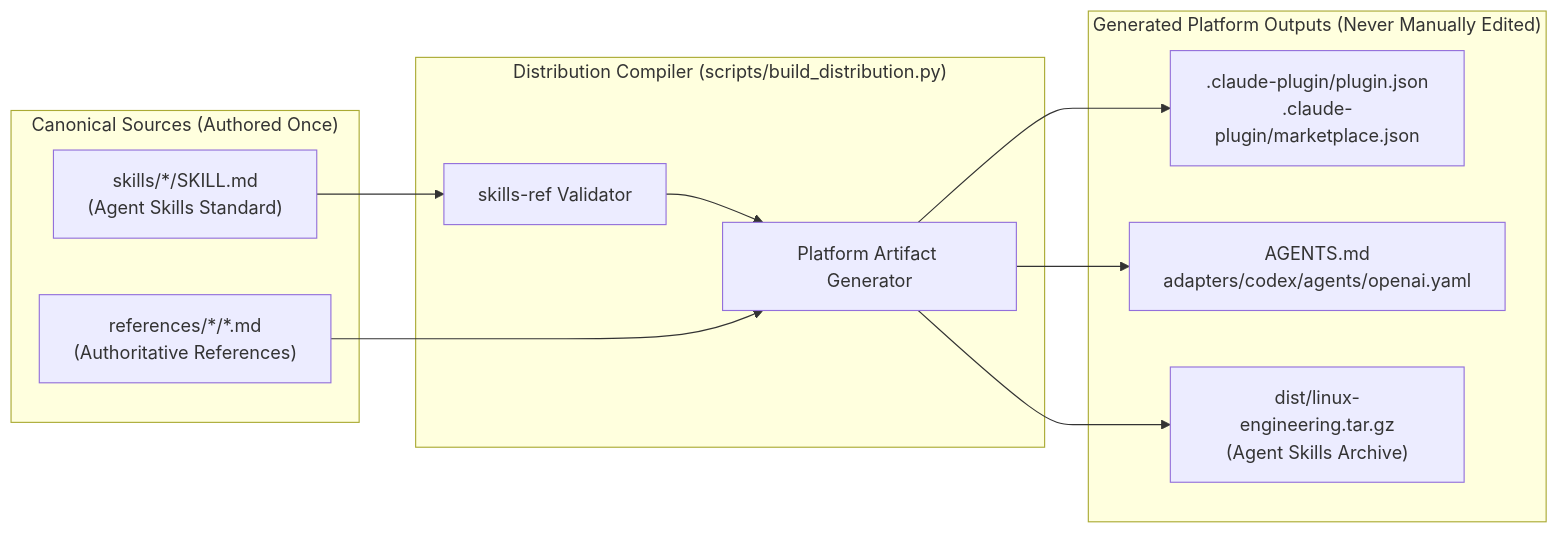
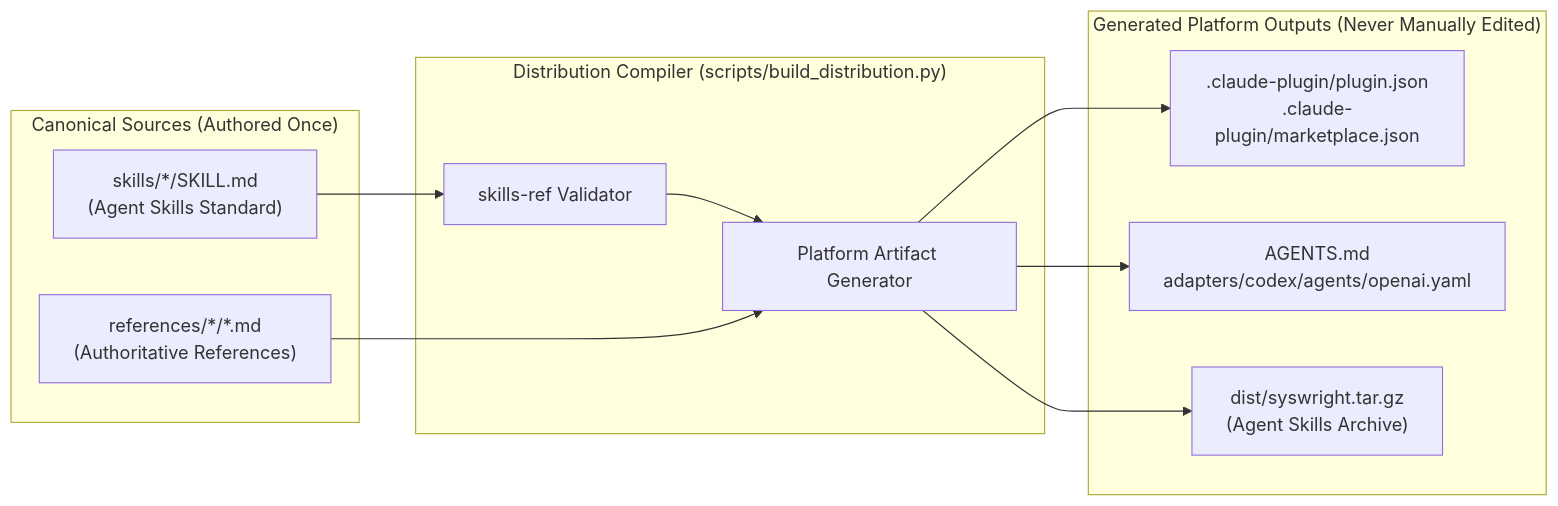
One commit to eshanized/SysWright changed the diagram in docs/phase-0/08-technical-architecture.md. Above: the diagram before and after it, drawn with Mermaid. The commit also changed other lines of this file and 88 other files, not shown here.

First line of the commit message:
refactor: project branding from "Linux Engineering" to "Syswright"

````diff
--- a/docs/phase-0/08-technical-architecture.md
+++ b/docs/phase-0/08-technical-architecture.md
@@ -101,25 +101,25 @@
 ```mermaid
 flowchart LR
     subgraph Canonical_Sources["Canonical Sources (Authored Once)"]
         SKILLS["skills/*/SKILL.md\n(Agent Skills Standard)"]
         REFS["references/*/*.md\n(Authoritative References)"]
     end
 
     subgraph Build_Compiler["Distribution Compiler (scripts/build_distribution.py)"]
         GEN["Platform Artifact Generator"]
         VAL["skills-ref Validator"]
     end
 
     subgraph Generated_Artifacts["Generated Platform Outputs (Never Manually Edited)"]
         CLAUDE[".claude-plugin/plugin.json\n.claude-plugin/marketplace.json"]
         CODEX["AGENTS.md\nadapters/codex/agents/openai.yaml"]
-        BUNDLE["dist/linux-engineering.tar.gz\n(Agent Skills Archive)"]
+        BUNDLE["dist/syswright.tar.gz\n(Agent Skills Archive)"]
     end
 
     SKILLS --> VAL
     VAL --> GEN
     REFS --> GEN
     GEN --> CLAUDE
     GEN --> CODEX
     GEN --> BUNDLE
 ```
````
